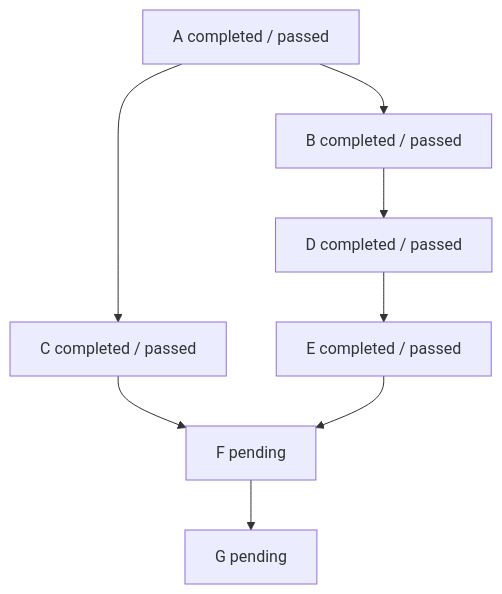
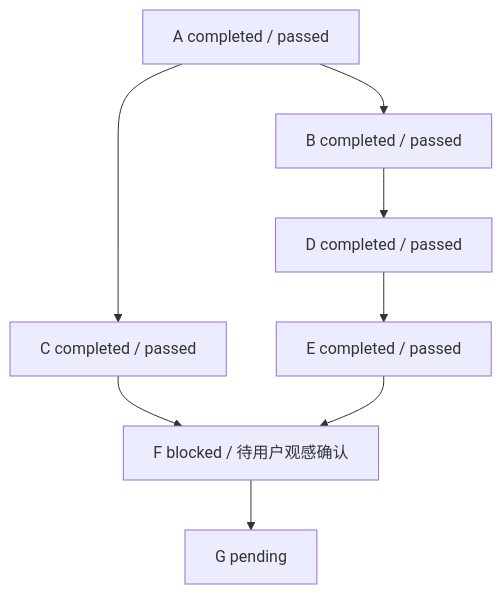
Before and after one commit to WuwuZhang0019/Codex-task-monitoring: the second of 2 diagrams in docs/03_轻量路线工作台/00_执行入口/01_当前执行台账_2026-11-10.md, drawn with Mermaid. The commit also changed other lines of this file and 18 other files, not shown here.

````diff
--- a/docs/03_轻量路线工作台/00_执行入口/01_当前执行台账_2026-11-10.md
+++ b/docs/03_轻量路线工作台/00_执行入口/01_当前执行台账_2026-11-10.md
@@ -308,10 +308,10 @@
 ```mermaid
 flowchart TD
     A[A completed / passed] --> B[B completed / passed]
     A --> C[C completed / passed]
     B --> D[D completed / passed]
     D --> E[E completed / passed]
-    C --> F[F pending]
+    C --> F[F blocked / 待用户观感确认]
     E --> F
     F --> G[G pending]
 ```
````
